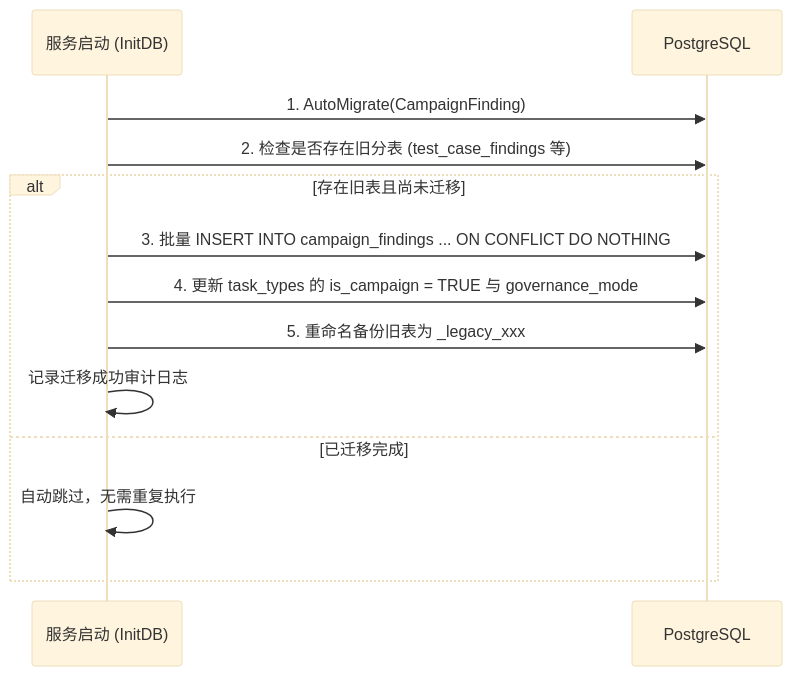
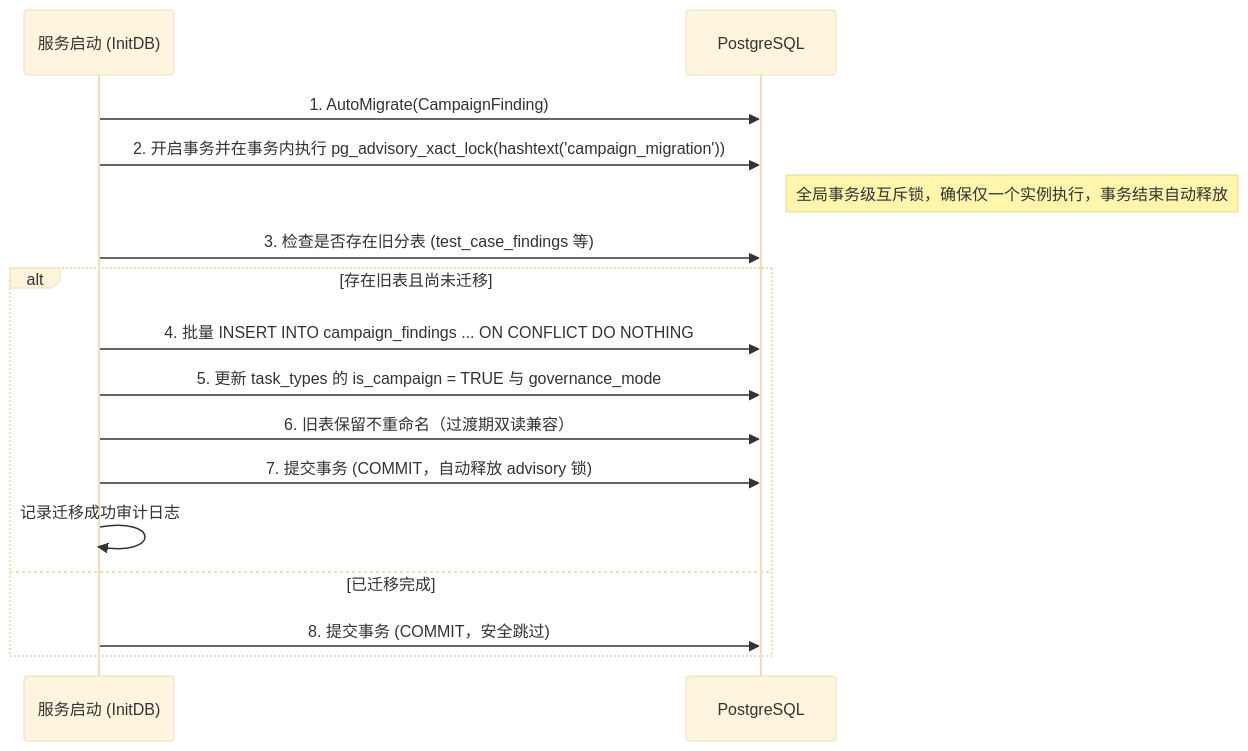
One commit to fugui/code-shield changed the fourth of 5 diagrams in docs/campaign_governance_architecture.md. Above: the diagram before and after it, drawn with Mermaid (base theme). The commit also changed other lines of this file and 1 other file, not shown here.

````diff
--- a/docs/campaign_governance_architecture.md
+++ b/docs/campaign_governance_architecture.md
@@ -276,15 +420,18 @@
 ```mermaid
 sequenceDiagram
     participant S as 服务启动 (InitDB)
     participant DB as PostgreSQL
     S->>DB: 1. AutoMigrate(CampaignFinding)
-    S->>DB: 2. 检查是否存在旧分表 (test_case_findings 等)
+    S->>DB: 2. 开启事务并在事务内执行 pg_advisory_xact_lock(hashtext('campaign_migration'))
+    Note right of DB: 全局事务级互斥锁，确保仅一个实例执行，事务结束自动释放
+    S->>DB: 3. 检查是否存在旧分表 (test_case_findings 等)
     alt 存在旧表且尚未迁移
-        S->>DB: 3. 批量 INSERT INTO campaign_findings ... ON CONFLICT DO NOTHING
-        S->>DB: 4. 更新 task_types 的 is_campaign = TRUE 与 governance_mode
-        S->>DB: 5. 重命名备份旧表为 _legacy_xxx
+        S->>DB: 4. 批量 INSERT INTO campaign_findings ... ON CONFLICT DO NOTHING
+        S->>DB: 5. 更新 task_types 的 is_campaign = TRUE 与 governance_mode
+        S->>DB: 6. 旧表保留不重命名（过渡期双读兼容）
+        S->>DB: 7. 提交事务 (COMMIT，自动释放 advisory 锁)
         S->>S: 记录迁移成功审计日志
     else 已迁移完成
-        S->>S: 自动跳过，无需重复执行
+        S->>DB: 8. 提交事务 (COMMIT，安全跳过)
     end
 ```
````
